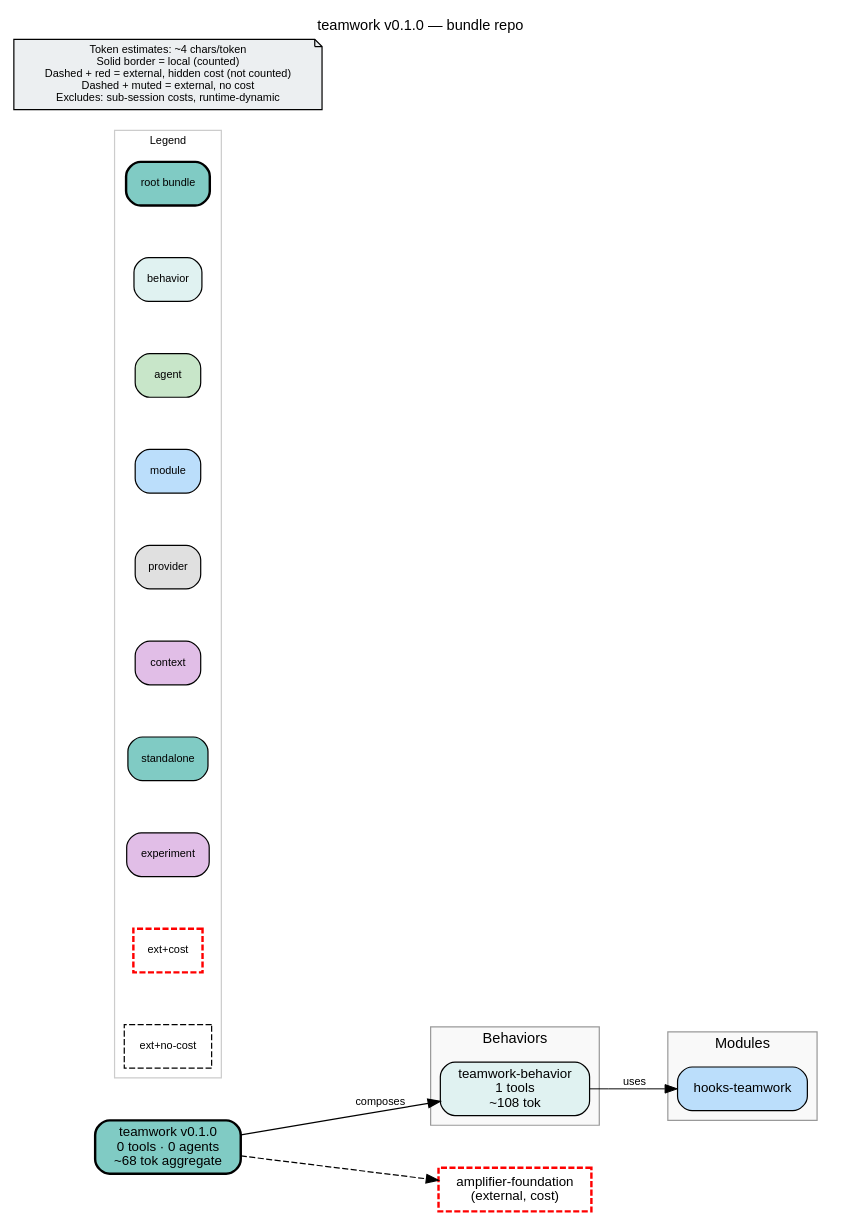
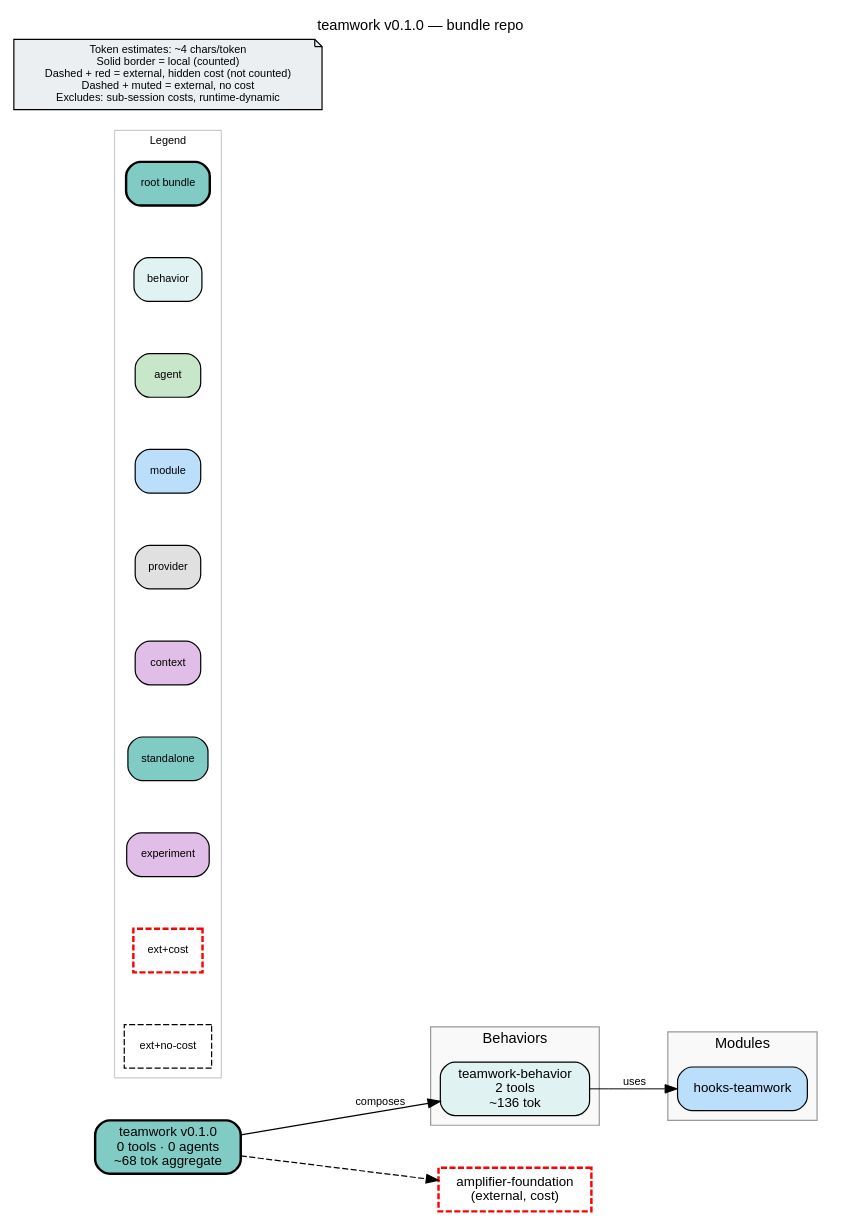
One commit to michaeljabbour/amplifier-bundle-teamwork changed the diagram in bundle.dot. Above: the diagram before and after it, drawn with Graphviz. The commit also changed 11 other files, not shown here.

```diff
--- a/bundle.dot
+++ b/bundle.dot
@@ -1,62 +1,62 @@
 digraph teamwork {
     rankdir=LR
     fontname="Helvetica"
     fontsize=12
     label="teamwork v0.1.0 — bundle repo"
     labelloc=t
     labeljust=c
     nodesep=0.6
     ranksep=0.7
     bgcolor="white"
-    source_hash="c5e3ea84bac73f1e598b9ebb26d3bbcd1a93748690a7d282d0f23355f9aa5b17"
+    source_hash="51169b22ac1fe97c55b69b47255d440c6acda57c9e66b39774fb69001cb86418"
 
     node [fontname="Helvetica", fontsize=11, style="filled,rounded"]
     edge [fontname="Helvetica", fontsize=9]
 
     root_teamwork [label="teamwork v0.1.0\n0 tools · 0 agents\n~68 tok aggregate", shape=box, fillcolor="#80cbc4", style="filled,rounded,bold", penwidth=2]
 
     subgraph cluster_behaviors {
         label="Behaviors"
         style="filled"
         fillcolor="#f9f9f9"
         color="#999999"
 
-        beh_teamwork_behavior [label="teamwork-behavior\n1 tools\n~108 tok", shape=box, fillcolor="#e0f2f1", style="filled,rounded"]
+        beh_teamwork_behavior [label="teamwork-behavior\n2 tools\n~136 tok", shape=box, fillcolor="#e0f2f1", style="filled,rounded"]
     }
 
     subgraph cluster_modules {
         label="Modules"
         style="filled"
         fillcolor="#f9f9f9"
         color="#999999"
 
         mod_hooks_teamwork [label="hooks-teamwork", shape=box, fillcolor="#bbdefb", style="filled,rounded"]
     }
 
     subgraph cluster_legend {
         label="Legend"
         style="filled"
         fillcolor="white"
         color="#cccccc"
         fontsize=9
 
         leg_root [label="root bundle", shape=box, fillcolor="#80cbc4", style="filled,rounded,bold", fontsize=9]
         leg_behavior [label="behavior", shape=box, fillcolor="#e0f2f1", style="filled,rounded", fontsize=9]
         leg_agent [label="agent", shape=box, fillcolor="#c8e6c9", style="filled,rounded", fontsize=9]
         leg_module [label="module", shape=box, fillcolor="#bbdefb", style="filled,rounded", fontsize=9]
         leg_provider [label="provider", shape=box, fillcolor="#e0e0e0", style="filled,rounded", fontsize=9]
         leg_context [label="context", shape=box, fillcolor="#e1bee7", style="filled,rounded", fontsize=9]
         leg_standalone [label="standalone", shape=box, fillcolor="#80cbc4", style="filled,rounded", fontsize=9]
         leg_experiment [label="experiment", shape=box, fillcolor="#e1bee7", style="filled,rounded", fontsize=9]
         leg_ext_cost [label="ext+cost", shape=box, fillcolor="#80cbc4", style="dashed", color="red", penwidth=2, fontsize=9]
         leg_ext_muted [label="ext+no-cost", shape=box, fillcolor="#f5f5f5", style="dashed", fontsize=9]
     }
 
     disclaimer [label="Token estimates: ~4 chars/token\nSolid border = local (counted)\nDashed + red = external, hidden cost (not counted)\nDashed + muted = external, no cost\nExcludes: sub-session costs, runtime-dynamic", shape=note, fillcolor="#eceff1", style="filled", fontsize=9]
 
     ext_githttps___github_com_microsoft_amplifier_foundation_main [label="amplifier-foundation\n(external, cost)", shape=box, fillcolor="#80cbc4", style="dashed", color="red", penwidth=2]
 
     root_teamwork -> ext_githttps___github_com_microsoft_amplifier_foundation_main [style=dashed]
     root_teamwork -> beh_teamwork_behavior [label="composes"]
     beh_teamwork_behavior -> mod_hooks_teamwork [label="uses", penwidth=0.8]
 }
```
